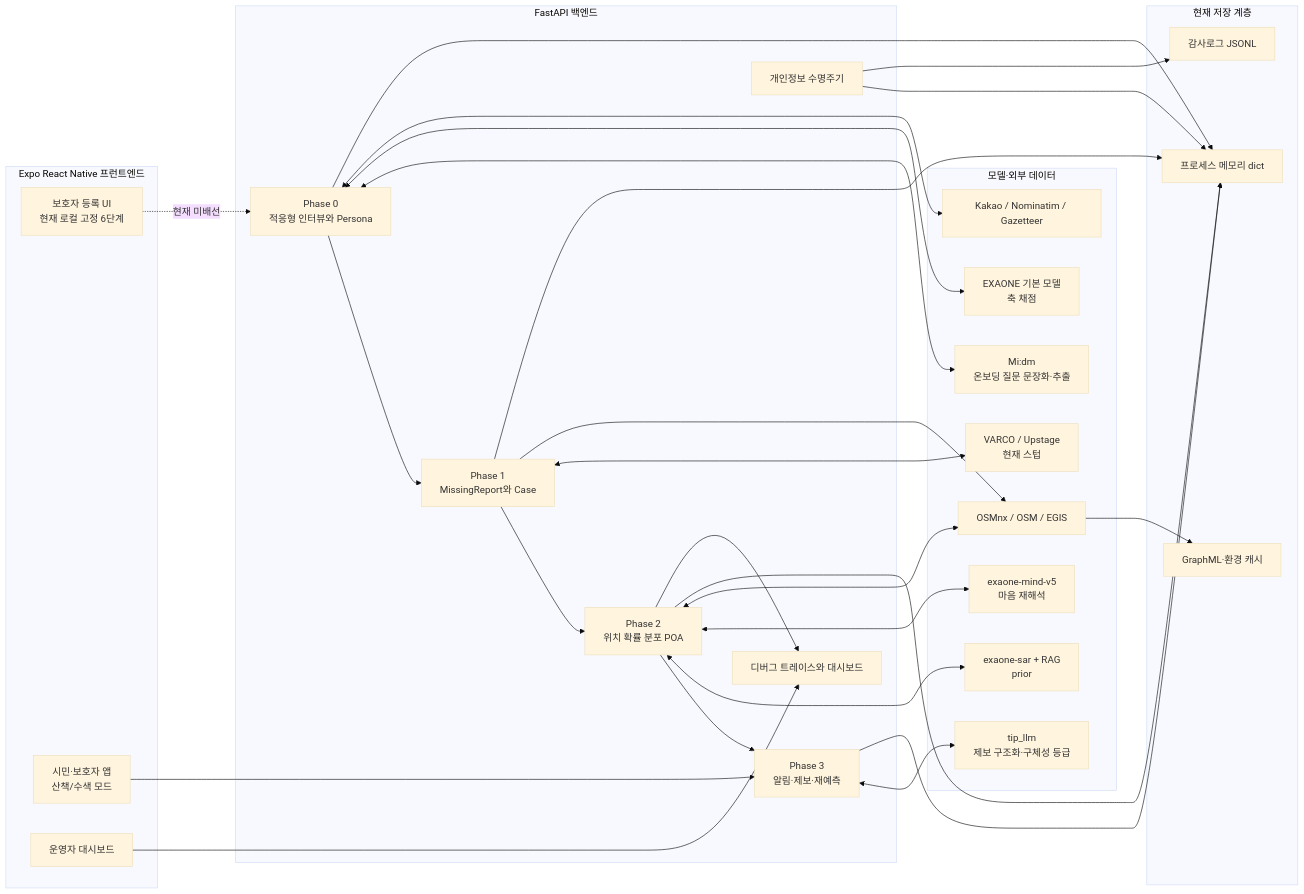
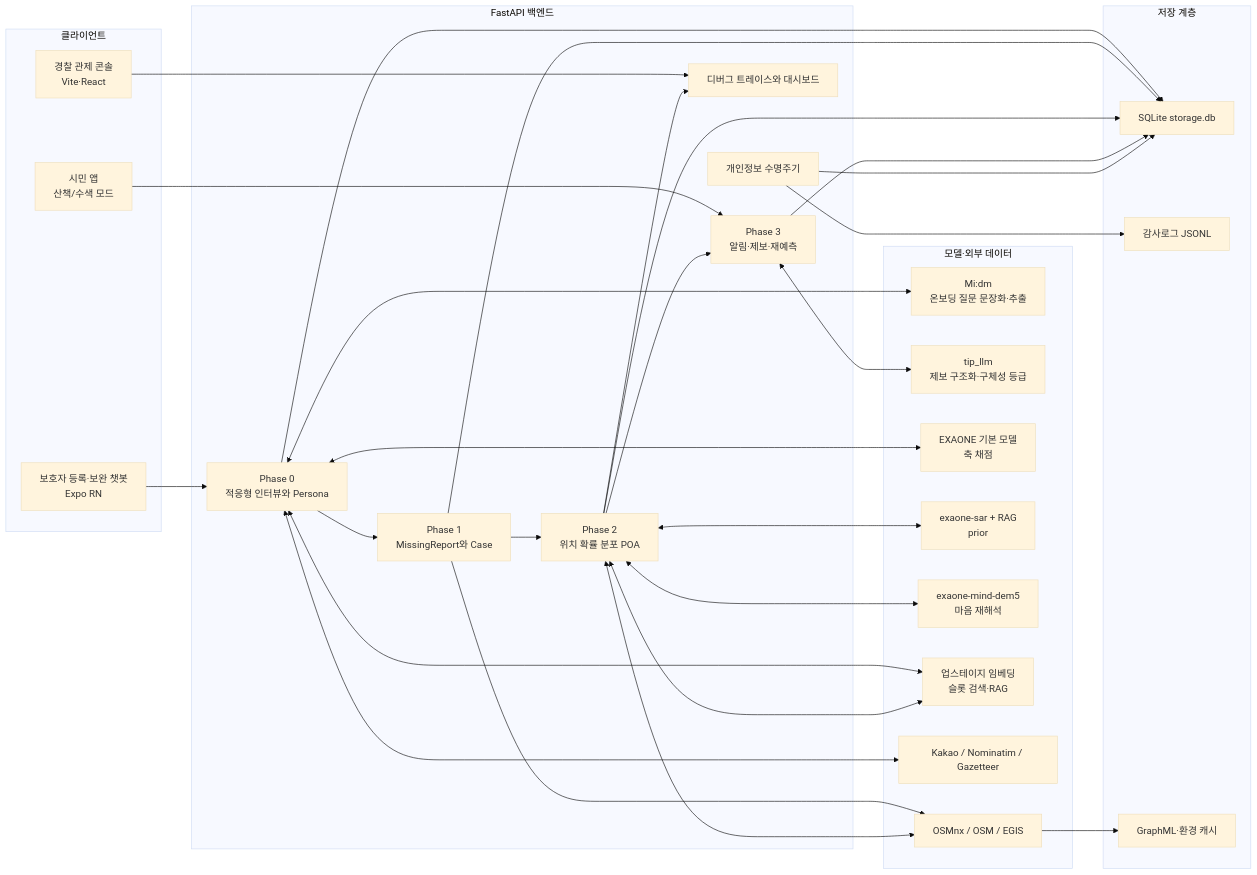
One commit to Donghaeng-AI-ROOKIE/Come-back-home changed the first of 12 diagrams in docs/IMPLEMENTATION_ARCHITECTURE.md. Above: the diagram before and after it, drawn with Mermaid (base theme). The commit also changed other lines of this file and 6 other files, not shown here.

````diff
--- a/docs/IMPLEMENTATION_ARCHITECTURE.md
+++ b/docs/IMPLEMENTATION_ARCHITECTURE.md
@@ -36,56 +36,57 @@
 ```mermaid
 flowchart LR
-    subgraph FE["Expo React Native 프런트엔드"]
-        F0["보호자 등록 UI<br/>현재 로컬 고정 6단계"]
-        FC["시민·보호자 앱<br/>산책/수색 모드"]
-        FO["운영자 대시보드"]
+    subgraph FE["클라이언트"]
+        F0["보호자 등록·보완 챗봇<br/>Expo RN"]
+        FC["시민 앱<br/>산책/수색 모드"]
+        FO["경찰 관제 콘솔<br/>Vite·React"]
     end
 
     subgraph BE["FastAPI 백엔드"]
         P0["Phase 0<br/>적응형 인터뷰와 Persona"]
         P1["Phase 1<br/>MissingReport와 Case"]
         P2["Phase 2<br/>위치 확률 분포 POA"]
         P3["Phase 3<br/>알림·제보·재예측"]
         PRIV["개인정보 수명주기"]
         DBG["디버그 트레이스와 대시보드"]
     end
 
     subgraph MODEL["모델·외부 데이터"]
         MIDM["Mi:dm<br/>온보딩 질문 문장화·추출"]
         TIPL["tip_llm<br/>제보 구조화·구체성 등급"]
         AXM["EXAONE 기본 모델<br/>축 채점"]
         SARM["exaone-sar + RAG<br/>prior"]
-        MINDM["exaone-mind-v5<br/>마음 재해석"]
+        MINDM["exaone-mind-dem5<br/>마음 재해석"]
+        EMB["업스테이지 임베딩<br/>슬롯 검색·RAG"]
         GEO["Kakao / Nominatim / Gazetteer"]
         OSM["OSMnx / OSM / EGIS"]
-        OPT["VARCO / Upstage<br/>현재 스텁"]
     end
 
-    subgraph STORE["현재 저장 계층"]
-        MEM["프로세스 메모리 dict"]
+    subgraph STORE["저장 계층"]
+        DB["SQLite storage.db"]
         AUDIT["감사로그 JSONL"]
         CACHE["GraphML·환경 캐시"]
     end
 
-    F0 -. "현재 미배선" .-> P0
+    F0 --> P0
     FC --> P3
     FO --> DBG
     P0 --> P1 --> P2 --> P3
     P0 <--> MIDM
     P0 <--> AXM
+    P0 <--> EMB
     P0 <--> GEO
-    P1 <--> OPT
     P1 --> OSM
     P2 <--> SARM
     P2 <--> MINDM
+    P2 <--> EMB
     P2 <--> OSM
     P3 <--> TIPL
-    P0 --> MEM
-    P1 --> MEM
-    P2 --> MEM
-    P3 --> MEM
-    PRIV --> MEM
+    P0 --> DB
+    P1 --> DB
+    P2 --> DB
+    P3 --> DB
+    PRIV --> DB
     PRIV --> AUDIT
     OSM --> CACHE
     P2 --> DBG
 ```
````
